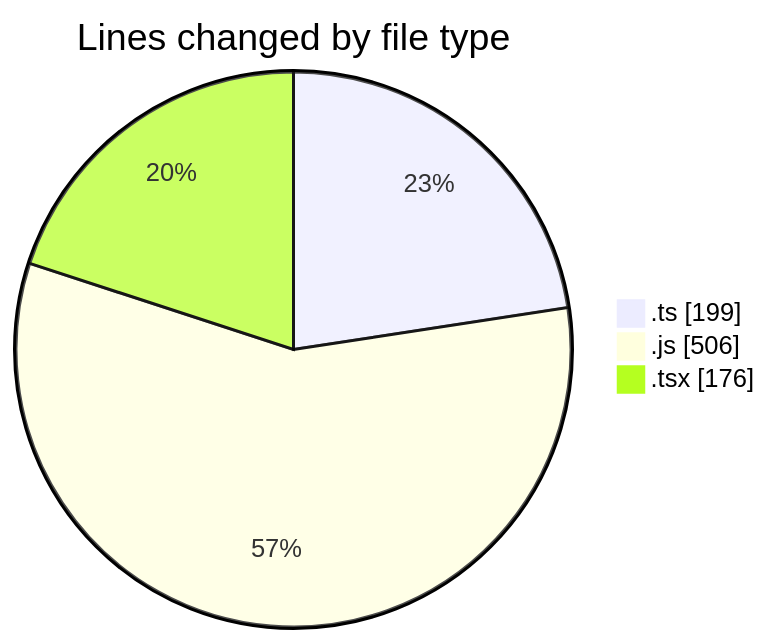
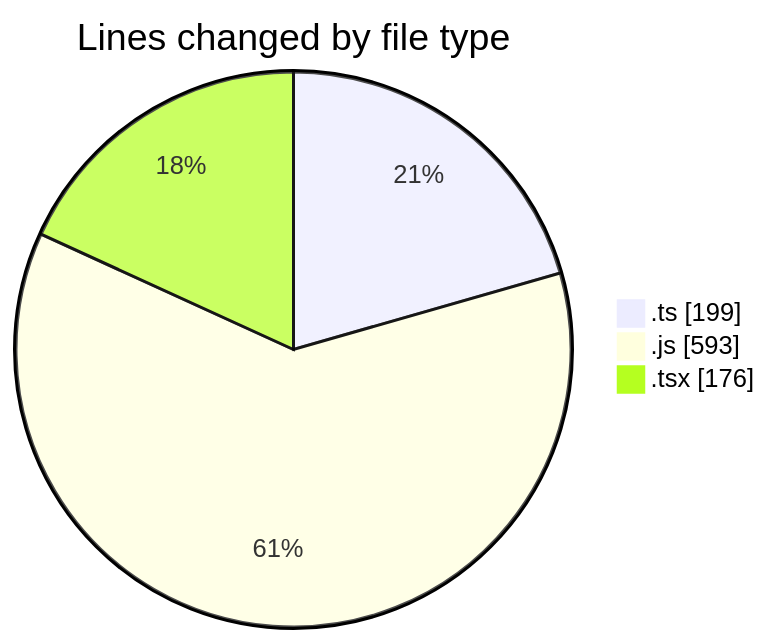
The first of 2 diagrams in 2025-03-12/cda/README.md (momahboobian/code-tracking), drawn with Mermaid before and after one commit. The commit also changed other lines of this file and 1 other file, not shown here.

````diff
--- a/2025-03-12/cda/README.md
+++ b/2025-03-12/cda/README.md
@@ -29,7 +30,7 @@
 ```mermaid
 pie showData
 title Lines changed by file type
 ".ts" : 199
-".js" : 506
+".js" : 593
 ".tsx" : 176
 ```
````
